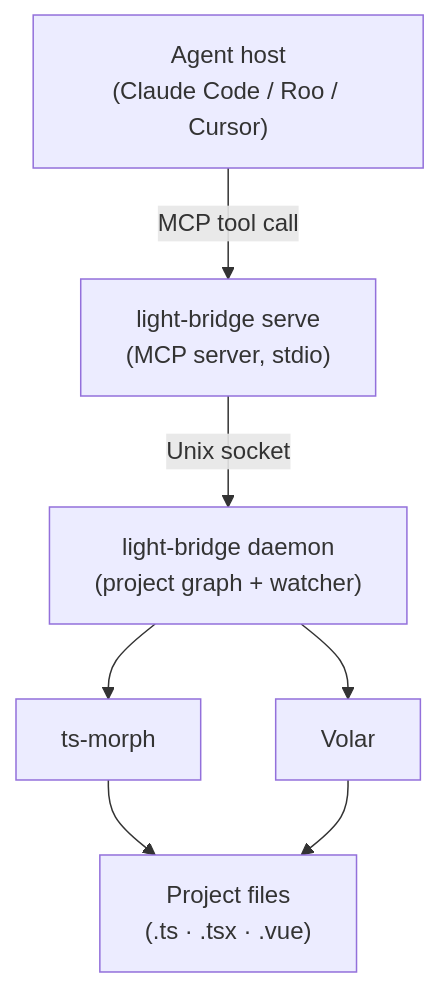
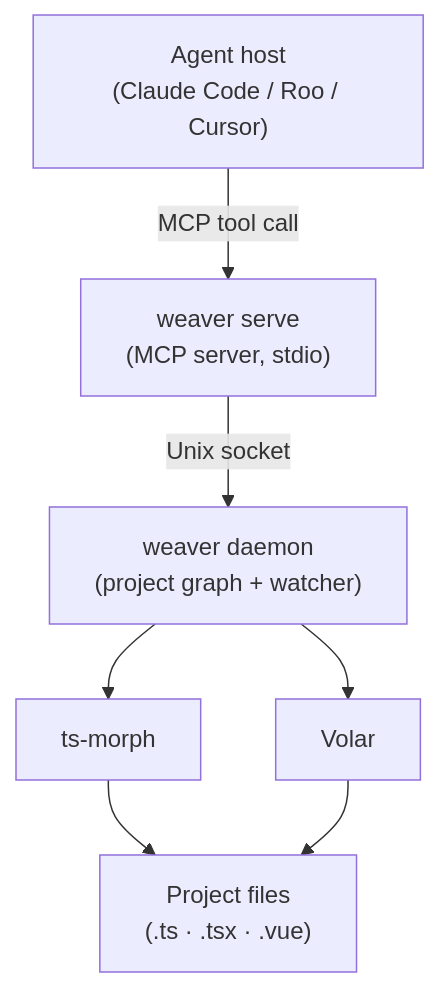
One commit to yearofthedan/weaver changed the diagram in README.md. Above: the diagram before and after it, drawn with Mermaid. The commit also changed other lines of this file and 53 other files, not shown here.

First line of the commit message:
feat: rename project from light-bridge to weaver

````diff
--- a/README.md
+++ b/README.md
@@ -25,14 +25,14 @@
 ```mermaid
 flowchart TD
     A["Agent host\n(Claude Code / Roo / Cursor)"]
-    B["light-bridge serve\n(MCP server, stdio)"]
-    C["light-bridge daemon\n(project graph + watcher)"]
+    B["weaver serve\n(MCP server, stdio)"]
+    C["weaver daemon\n(project graph + watcher)"]
     D[ts-morph]
     E[Volar]
     F["Project files\n(.ts · .tsx · .vue)"]
 
     A -- "MCP tool call" --> B
     B -- "Unix socket" --> C
     C --> D & E
     D & E --> F
 ```
````
